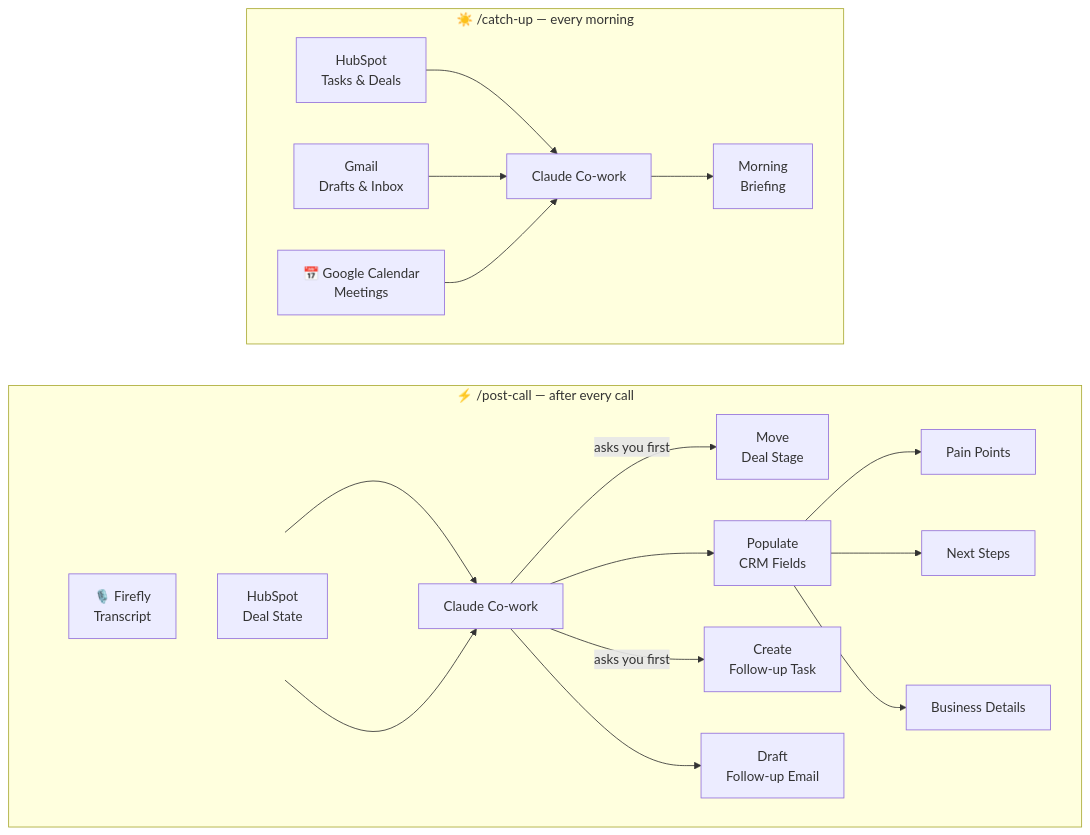
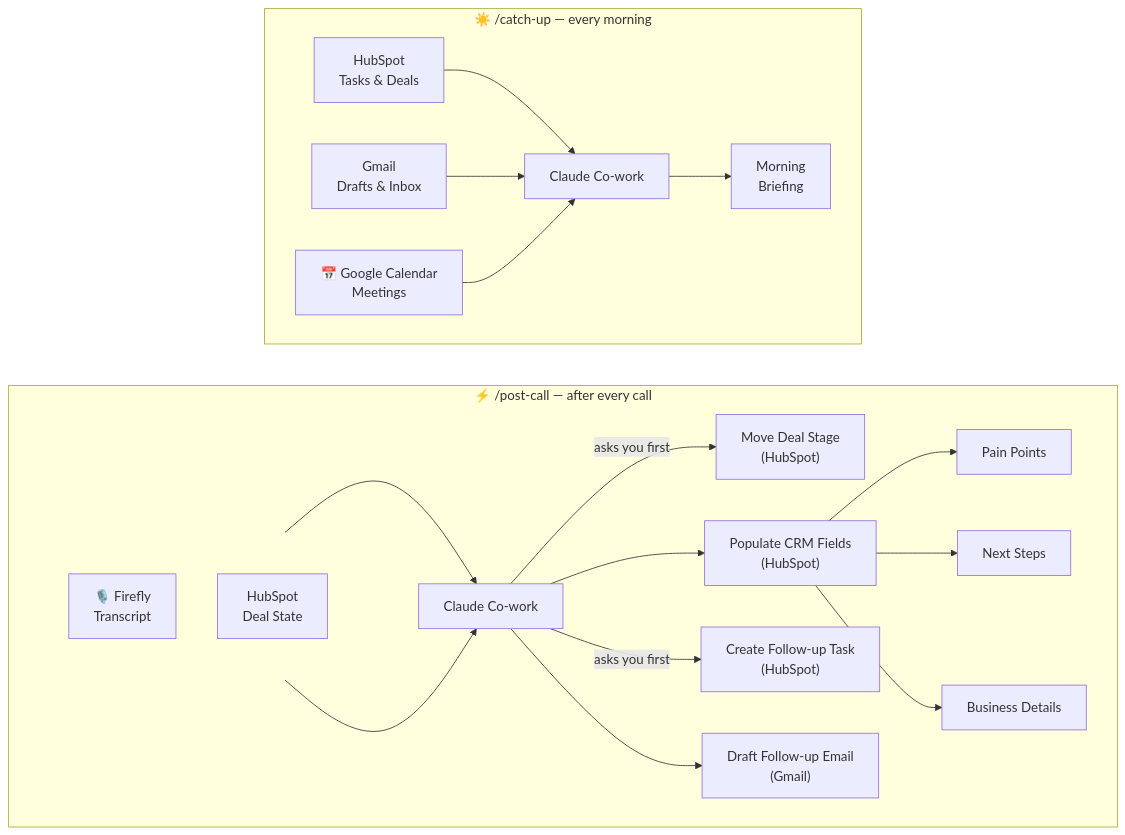
The diagram in README.md (yuji-jeong/cowork-post-call), drawn with Mermaid before and after one commit.

Commit message:
Update diagram: add tool names in brackets to output boxes

````diff
--- a/README.md
+++ b/README.md
@@ -20,46 +20,46 @@
 ```mermaid
 flowchart LR
     subgraph pc ["⚡ /post-call — after every call"]
         direction LR
 
         subgraph inputs [" "]
             direction TB
             FLY["🎙️ Firefly\nTranscript"]
             HS_IN["HubSpot\nDeal State"]
         end
         style inputs fill:none,stroke:none
 
         CW1["Claude Co-work"]
-        HS_STAGE["Move\nDeal Stage"]
-        HS_CRM["Populate\nCRM Fields"]
+        HS_STAGE["Move Deal Stage\n(HubSpot)"]
+        HS_CRM["Populate CRM Fields\n(HubSpot)"]
         HS_PAIN["Pain Points"]
         HS_NEXT["Next Steps"]
         HS_OTHER["Business Details"]
-        HS_TASK["Create\nFollow-up Task"]
-        GM1["Draft\nFollow-up Email"]
+        HS_TASK["Create Follow-up Task\n(HubSpot)"]
+        GM1["Draft Follow-up Email\n(Gmail)"]
 
         FLY --> CW1
         HS_IN --> CW1
         CW1 -->|"asks you first"| HS_STAGE
         CW1 --> HS_CRM
         HS_CRM --> HS_PAIN
         HS_CRM --> HS_NEXT
         HS_CRM --> HS_OTHER
         CW1 -->|"asks you first"| HS_TASK
         CW1 --> GM1
     end
 
     subgraph cu ["☀️ /catch-up — every morning"]
         direction LR
         HS4["HubSpot\nTasks & Deals"]
         GM2["Gmail\nDrafts & Inbox"]
         GC["📅 Google Calendar\nMeetings"]
         CW2["Claude Co-work"]
         OUT["Morning\nBriefing"]
 
         HS4 --> CW2
         GM2 --> CW2
         GC --> CW2
         CW2 --> OUT
     end
 ```
````
